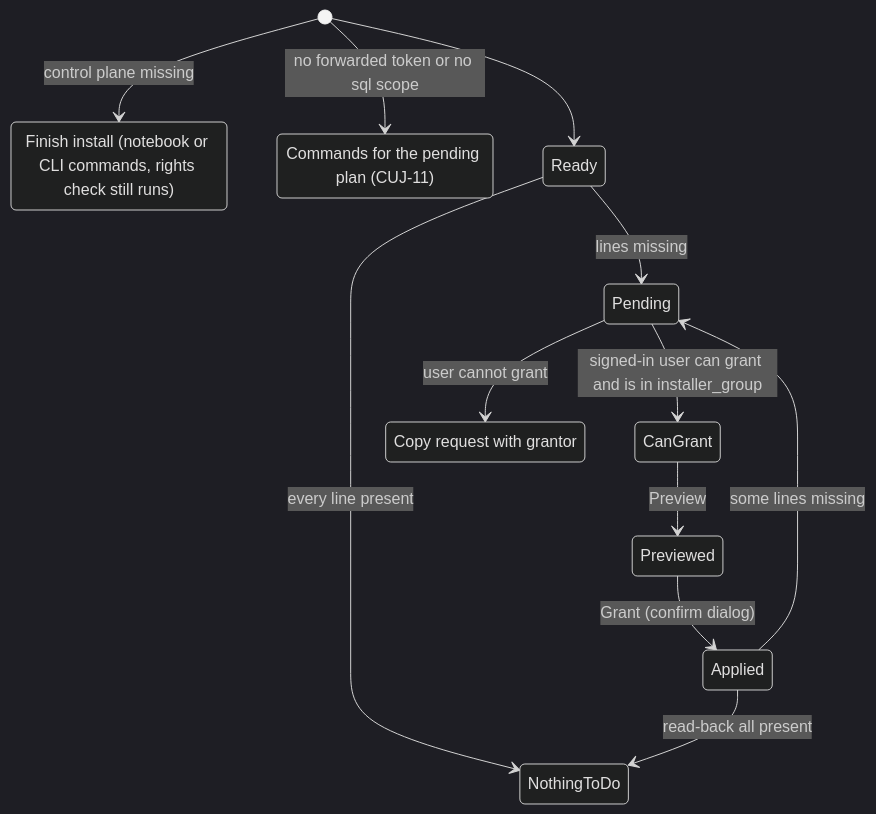
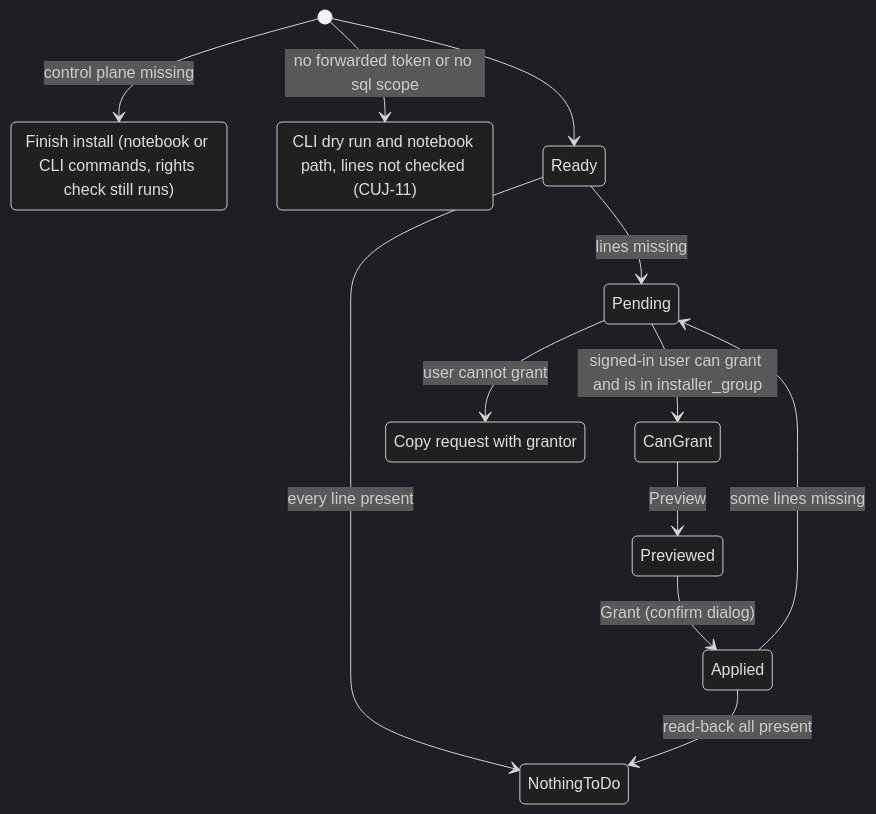
One commit to databricks-solutions/managed-table-migration-accelerator changed the fourth of 4 diagrams in backend/docs/install-and-permissions.md. Above: the diagram before and after it, drawn with Mermaid (dark theme). The commit also changed other lines of this file and 39 other files, not shown here.

````diff
--- a/backend/docs/install-and-permissions.md
+++ b/backend/docs/install-and-permissions.md
@@ -1209,17 +1217,17 @@
 ```mermaid
 stateDiagram-v2
   [*] --> NotInstalled: control plane missing
   [*] --> CannotAct: no forwarded token or no sql scope
   [*] --> Ready
   NotInstalled: Finish install (notebook or CLI commands, rights check still runs)
-  CannotAct: Commands for the pending plan (CUJ-11)
+  CannotAct: CLI dry run and notebook path, lines not checked (CUJ-11)
   Ready --> NothingToDo: every line present
   Ready --> Pending: lines missing
   Pending --> CanGrant: signed-in user can grant and is in installer_group
   Pending --> AskSomeone: user cannot grant
   CanGrant --> Previewed: Preview
   Previewed --> Applied: Grant (confirm dialog)
   Applied --> NothingToDo: read-back all present
   Applied --> Pending: some lines missing
   AskSomeone: Copy request with grantor
 ```
````
